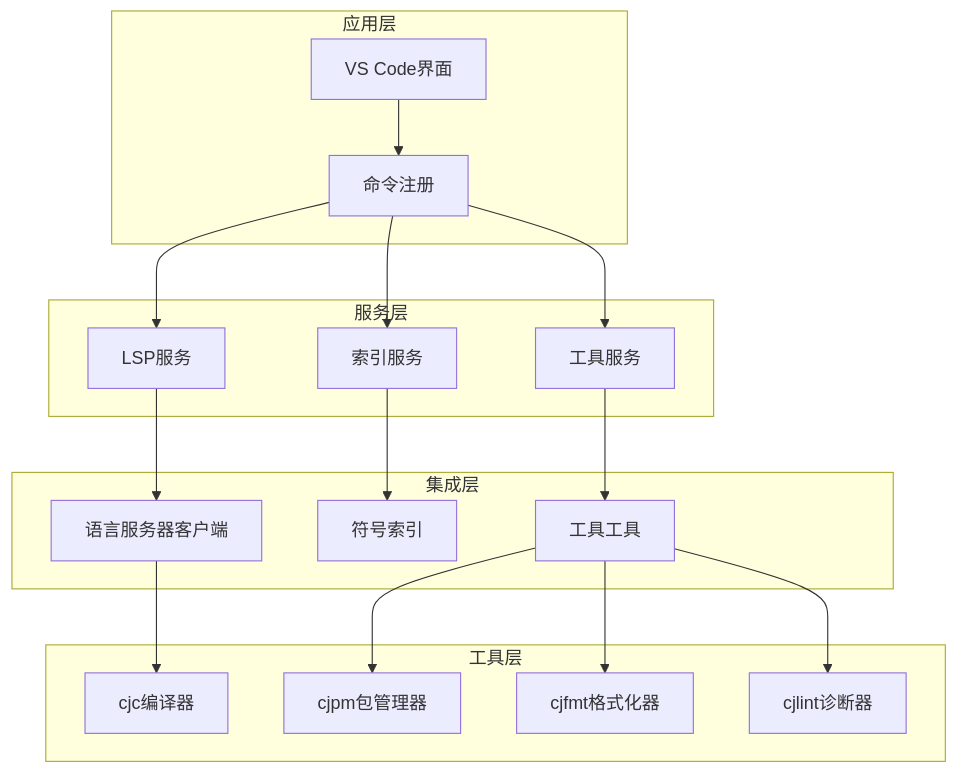
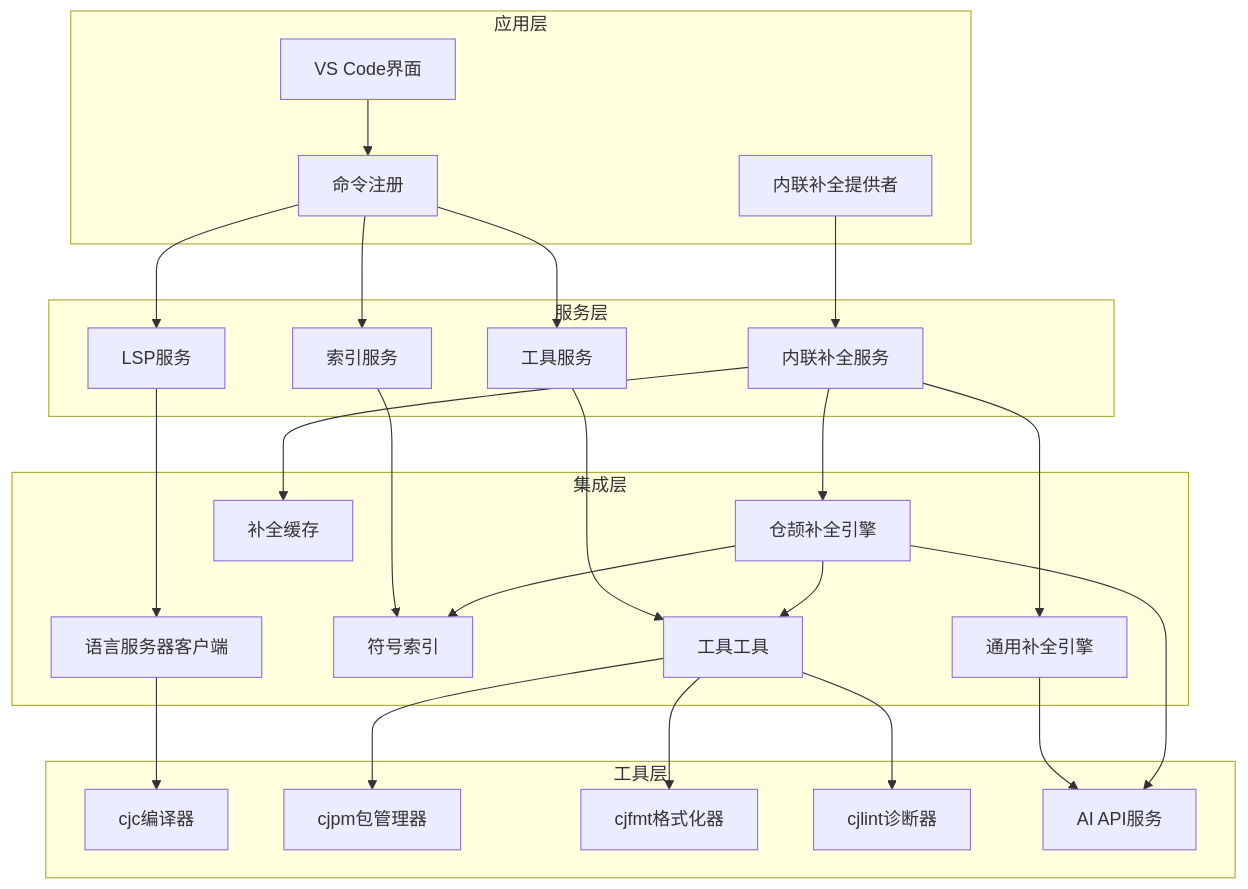
One commit to JunjieChen0/NJUST changed the second of 9 diagrams in .qoder/repowiki/zh/content/项目概述/核心功能特性/仓颉语言集成系统/仓颉语言集成系统.md. Above: the diagram before and after it, drawn with Mermaid. The commit also changed other lines of this file and 402 other files, not shown here.

````diff
--- a/.qoder/repowiki/zh/content/项目概述/核心功能特性/仓颉语言集成系统/仓颉语言集成系统.md
+++ b/.qoder/repowiki/zh/content/项目概述/核心功能特性/仓颉语言集成系统/仓颉语言集成系统.md
@@ -154,34 +209,48 @@
 ```mermaid
 graph TB
 subgraph "应用层"
 UI[VS Code界面]
 Commands[命令注册]
+InlineProvider[内联补全提供者]
 end
 subgraph "服务层"
 LSPService[LSP服务]
 IndexService[索引服务]
 ToolService[工具服务]
+InlineService[内联补全服务]
 end
 subgraph "集成层"
 LSPClient[语言服务器客户端]
 SymbolIndex[符号索引]
 ToolUtils[工具工具]
+CangjieEngine[仓颉补全引擎]
+GenericEngine[通用补全引擎]
+Cache[补全缓存]
 end
 subgraph "工具层"
 CJC[cjc编译器]
 CJPM[cjpm包管理器]
 CJFMT[cjfmt格式化器]
 CJLINT[cjlint诊断器]
+API[AI API服务]
 end
 UI --> Commands
 Commands --> LSPService
 Commands --> IndexService
 Commands --> ToolService
+InlineProvider --> InlineService
+InlineService --> CangjieEngine
+InlineService --> GenericEngine
+InlineService --> Cache
+CangjieEngine --> API
+CangjieEngine --> SymbolIndex
+CangjieEngine --> ToolUtils
+GenericEngine --> API
 LSPService --> LSPClient
 IndexService --> SymbolIndex
 ToolService --> ToolUtils
 LSPClient --> CJC
 ToolUtils --> CJPM
 ToolUtils --> CJFMT
 ToolUtils --> CJLINT
 ```
````
